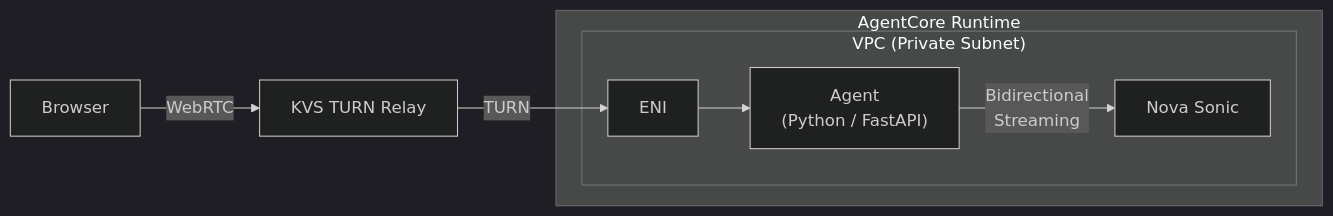
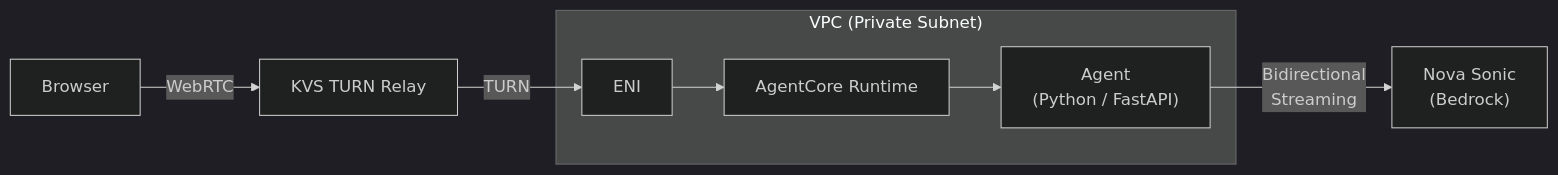
Before and after one commit to shinyaz/shinyaz.com: the diagram in content/posts/en/bedrock-agentcore-webrtc-voice-agent.mdx, drawn with Mermaid (dark theme). The commit also changed 1 other file, not shown here.

Commit message:
docs: update architecture diagram for bedrock-agentcore-webrtc-voice-agent

````diff
--- a/content/posts/en/bedrock-agentcore-webrtc-voice-agent.mdx
+++ b/content/posts/en/bedrock-agentcore-webrtc-voice-agent.mdx
@@ -33,12 +33,10 @@
 ```mermaid
 graph LR
     Browser -->|WebRTC| KVS["KVS TURN Relay"]
-    KVS -->|TURN| ENI["ENI"]
+    KVS -->|TURN| ENI
     subgraph VPC["VPC (Private Subnet)"]
-        ENI --> Agent["Agent\n(Python / FastAPI)"]
-        Agent -->|Bidirectional\nStreaming| Nova["Nova Sonic"]
+        ENI --> AgentCore["AgentCore Runtime"]
+        AgentCore --> Agent["Agent\n(Python / FastAPI)"]
     end
-    subgraph AgentCore["AgentCore Runtime"]
-        VPC
-    end
+    Agent -->|Bidirectional\nStreaming| Nova["Nova Sonic\n(Bedrock)"]
 ```
````
